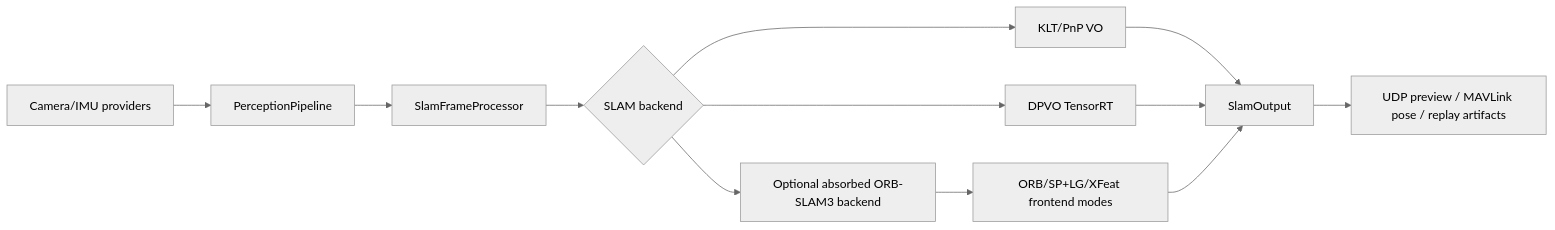
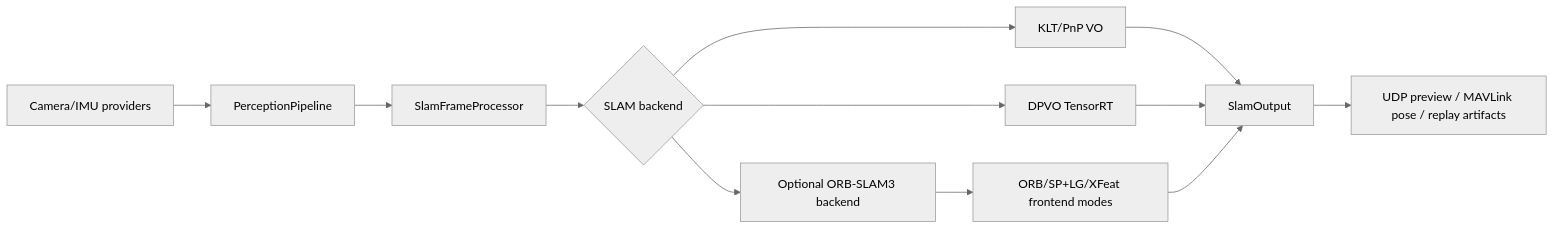
The diagram in INSTRUCTION.md (litingzhang/SmartDrone), drawn with Mermaid (neutral theme) before and after one commit. The commit also changed other lines of this file and 264 other files, not shown here.

Commit message:
Refine native architecture and coding style

````diff
--- a/INSTRUCTION.md
+++ b/INSTRUCTION.md
@@ -26,14 +26,14 @@
 ```mermaid
 flowchart LR
     A[Camera/IMU providers] --> B[PerceptionPipeline]
     B --> C[SlamFrameProcessor]
     C --> D{SLAM backend}
     D --> E[KLT/PnP VO]
     D --> F[DPVO TensorRT]
-    D --> G[Optional absorbed ORB-SLAM3 backend]
+    D --> G[Optional ORB-SLAM3 backend]
     G --> I[ORB/SP+LG/XFeat frontend modes]
     E --> H[SlamOutput]
     F --> H
     I --> H
     H --> J[UDP preview / MAVLink pose / replay artifacts]
 ```
````
